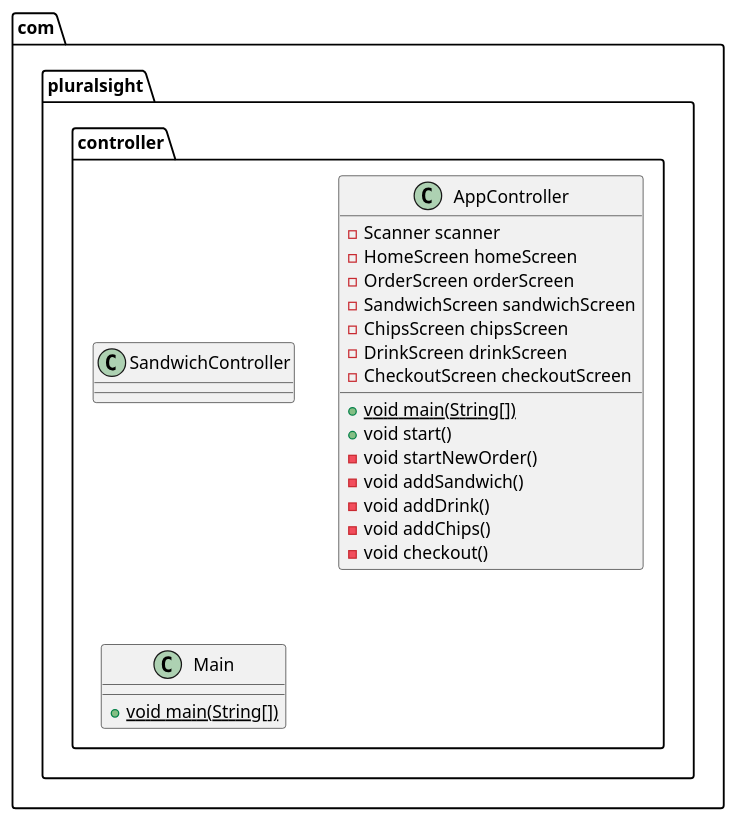
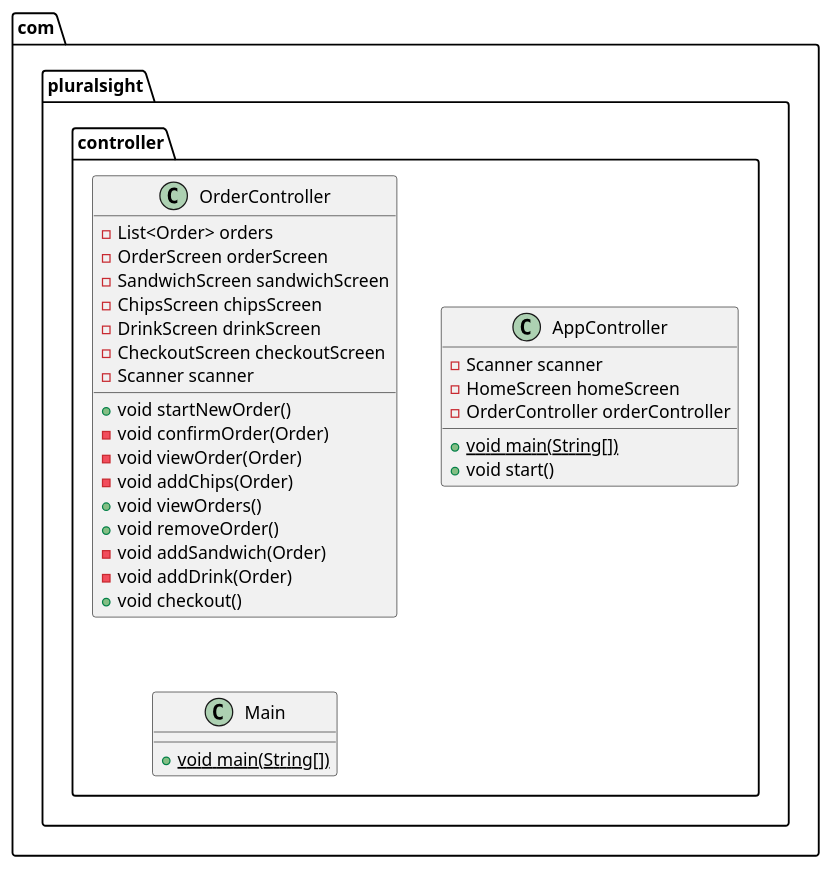
The diagram in controller-diagram.puml (poteatc/Deli-cious), drawn with PlantUML before and after one commit. The commit also changed 33 other files, not shown here.

```diff
--- a/controller-diagram.puml
+++ b/controller-diagram.puml
@@ -1,26 +1,35 @@
 @startuml
-class com.pluralsight.controller.SandwichController {
-}
-class com.pluralsight.controller.AppController {
-- Scanner scanner
-- HomeScreen homeScreen
+class com.pluralsight.controller.OrderController {
+- List<Order> orders
 - OrderScreen orderScreen
 - SandwichScreen sandwichScreen
 - ChipsScreen chipsScreen
 - DrinkScreen drinkScreen
 - CheckoutScreen checkoutScreen
+- Scanner scanner
++ void startNewOrder()
+- void confirmOrder(Order)
+- void viewOrder(Order)
+- void addChips(Order)
++ void viewOrders()
++ void removeOrder()
+- void addSandwich(Order)
+- void addDrink(Order)
++ void checkout()
+}
+
+
+class com.pluralsight.controller.AppController {
+- Scanner scanner
+- HomeScreen homeScreen
+- OrderController orderController
 + {static} void main(String[])
 + void start()
-- void startNewOrder()
-- void addSandwich()
-- void addDrink()
-- void addChips()
-- void checkout()
 }
 
 
 class com.pluralsight.controller.Main {
 + {static} void main(String[])
 }
 
 @enduml
```
